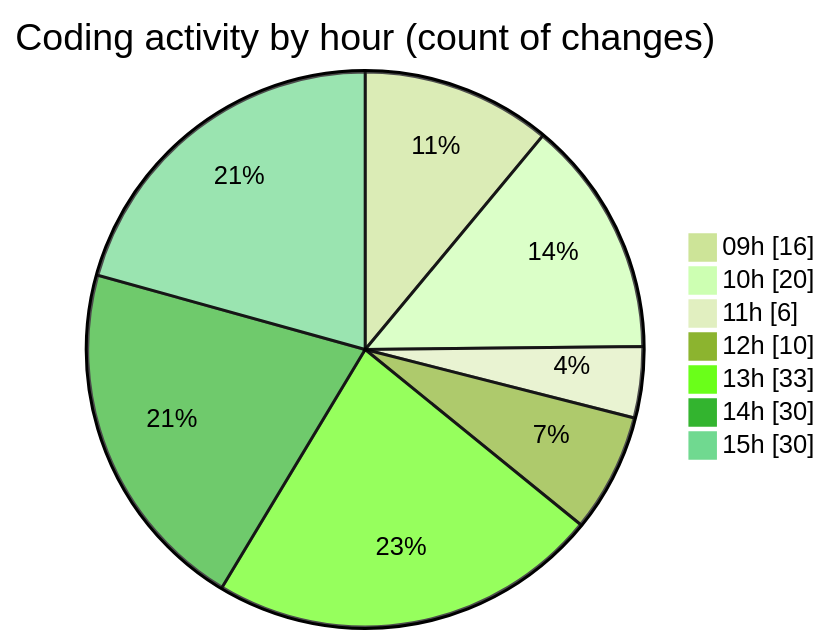
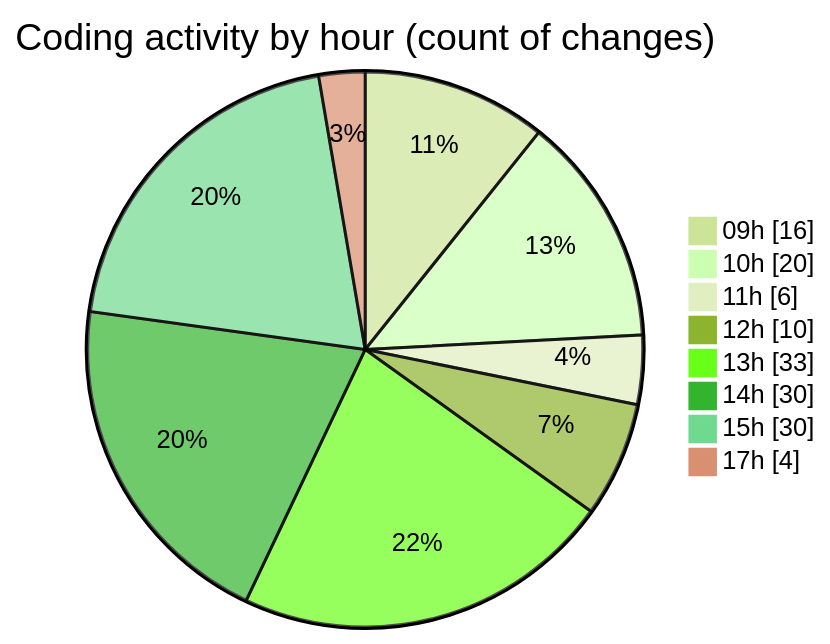
One commit to momahboobian/code-tracking changed the second of 2 diagrams in 2025-05-16/cda/README.md. Above: the diagram before and after it, drawn with Mermaid (forest theme). The commit also changed other lines of this file and 1 other file, not shown here.

````diff
--- a/2025-05-16/cda/README.md
+++ b/2025-05-16/cda/README.md
@@ -61,11 +61,12 @@
 ```mermaid
 pie showData
 title Coding activity by hour (count of changes)
 "09h" : 16
 "10h" : 20
 "11h" : 6
 "12h" : 10
 "13h" : 33
 "14h" : 30
 "15h" : 30
+"17h" : 4
 ```
````
